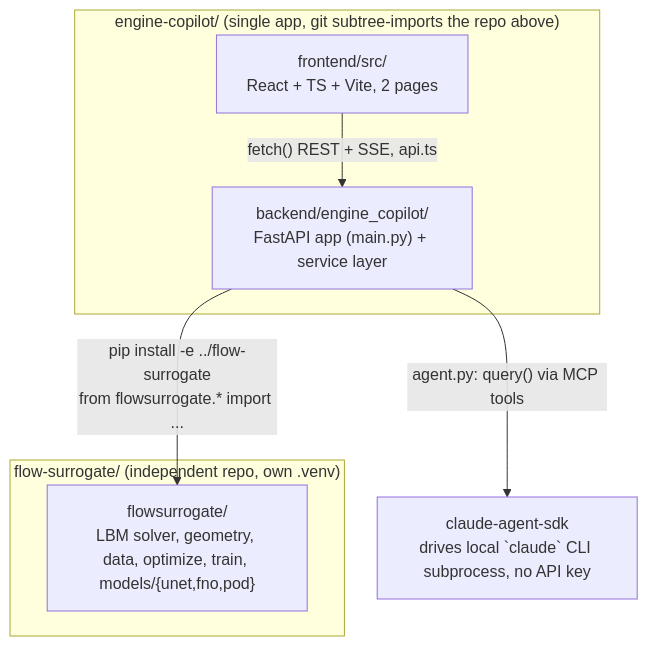
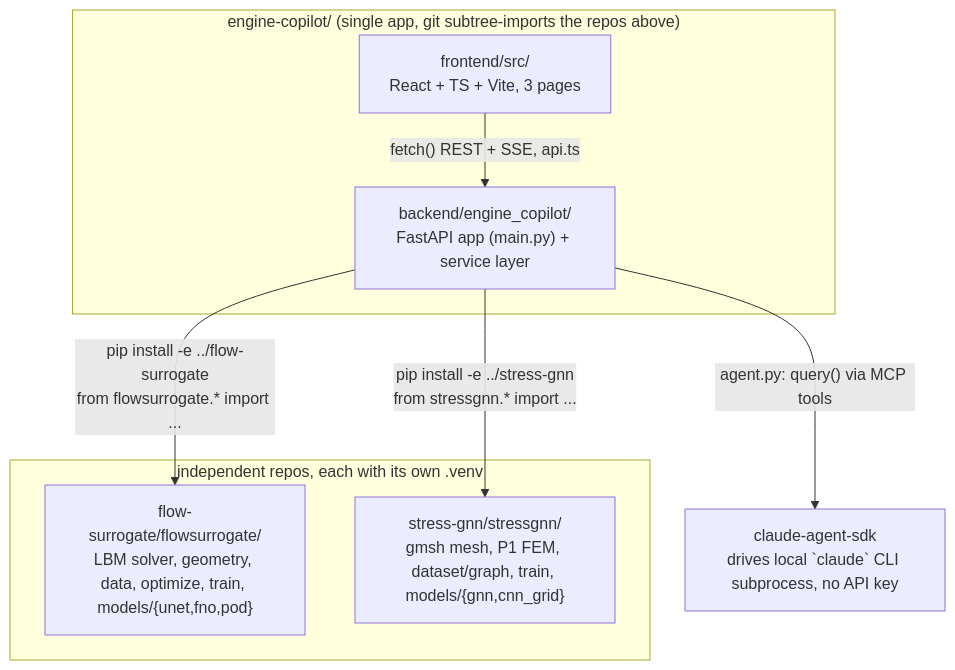
One commit to PaulGregory1/surrogate-engineering changed the diagram in KNOWLEDGE-GRAPH.md. Above: the diagram before and after it, drawn with Mermaid. The commit also changed other lines of this file and 68 other files, not shown here.

First line of the commit message:
main: bring the Stress Lab back, and add the Flow Lab design plans

````diff
--- a/KNOWLEDGE-GRAPH.md
+++ b/KNOWLEDGE-GRAPH.md
@@ -39,15 +40,17 @@
 ```mermaid
 graph TD
-  subgraph Research["flow-surrogate/ (independent repo, own .venv)"]
-    FS["flowsurrogate/<br/>LBM solver, geometry, data, optimize, train, models/{unet,fno,pod}"]
+  subgraph Research["independent repos, each with its own .venv"]
+    FS["flow-surrogate/flowsurrogate/<br/>LBM solver, geometry, data, optimize, train, models/{unet,fno,pod}"]
+    SG["stress-gnn/stressgnn/<br/>gmsh mesh, P1 FEM, dataset/graph, train, models/{gnn,cnn_grid}"]
   end
-  subgraph Platform["engine-copilot/ (single app, git subtree-imports the repo above)"]
+  subgraph Platform["engine-copilot/ (single app, git subtree-imports the repos above)"]
     BE["backend/engine_copilot/<br/>FastAPI app (main.py) + service layer"]
-    FE["frontend/src/<br/>React + TS + Vite, 2 pages"]
+    FE["frontend/src/<br/>React + TS + Vite, 3 pages"]
   end
   SDK["claude-agent-sdk<br/>drives local `claude` CLI subprocess, no API key"]
 
   BE -->|"pip install -e ../flow-surrogate<br/>from flowsurrogate.* import ..."| FS
+  BE -->|"pip install -e ../stress-gnn<br/>from stressgnn.* import ..."| SG
   BE -->|"agent.py: query() via MCP tools"| SDK
   FE -->|"fetch() REST + SSE, api.ts"| BE
 ```
````
